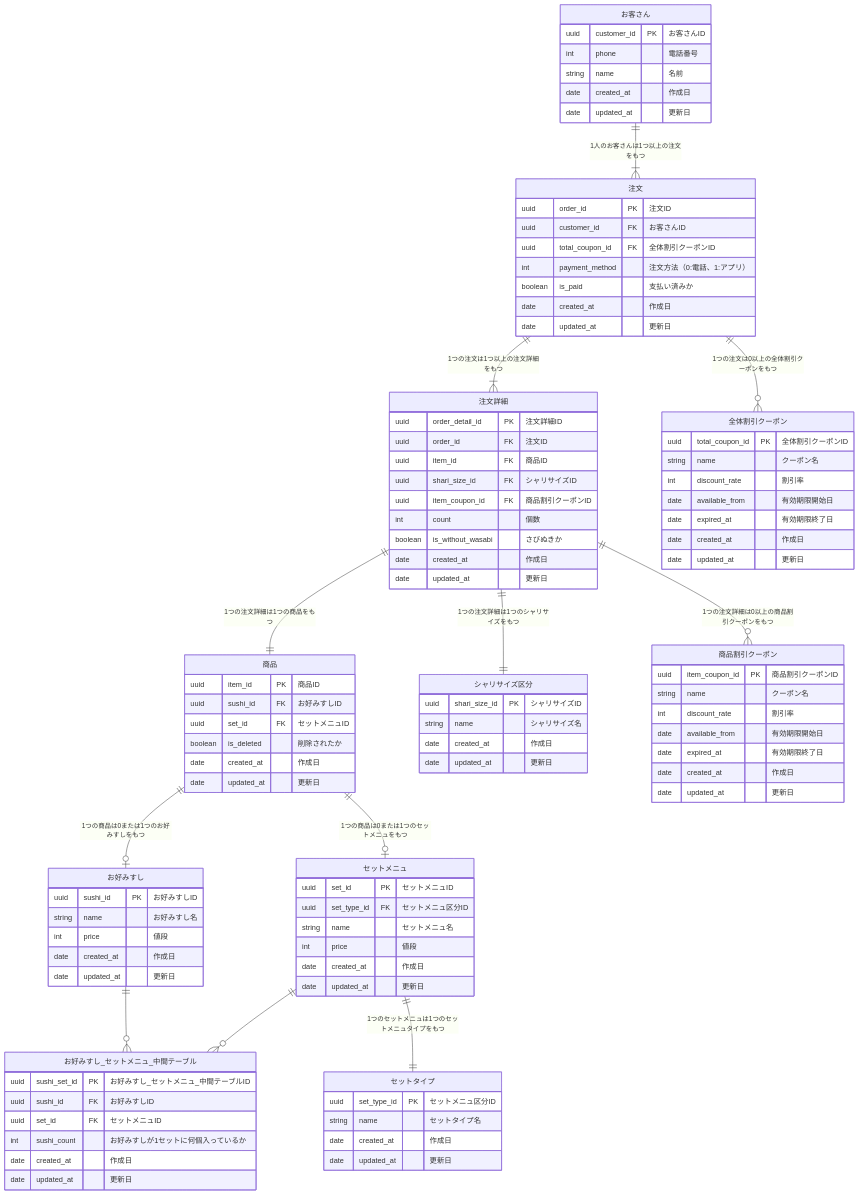
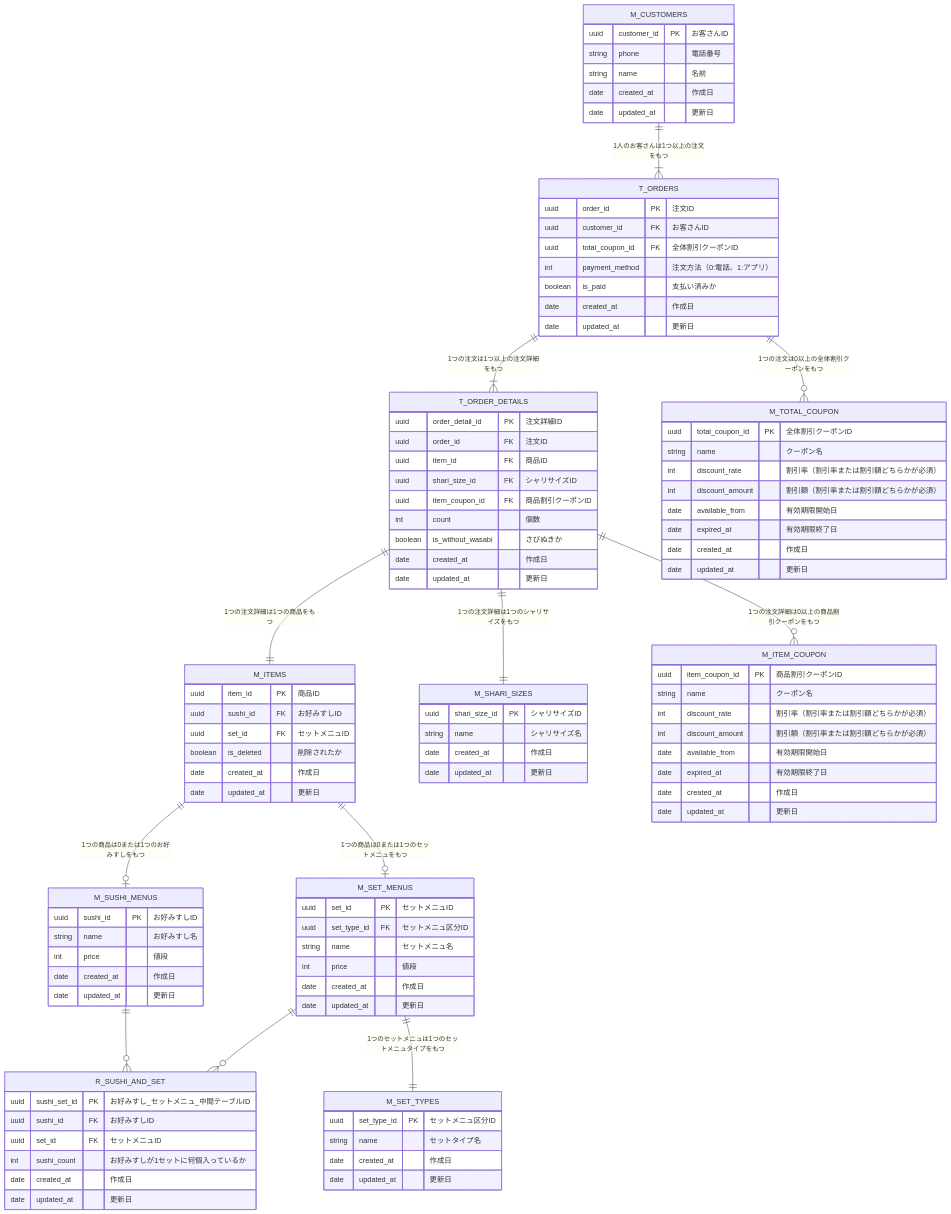
One commit to praha-inc/praha-challenge-7 changed the diagram in F0yWy8HaLlWoST/01_データベース設計/01_DBモデリング1/kadai_03.md. Above: the diagram before and after it, drawn with Mermaid.

Commit message:
fix: 指摘修正

````diff
--- a/F0yWy8HaLlWoST/01_データベース設計/01_DBモデリング1/kadai_03.md
+++ b/F0yWy8HaLlWoST/01_データベース設計/01_DBモデリング1/kadai_03.md
@@ -19,15 +19,15 @@
 ```mermaid
 erDiagram
 
-  "お客さん" {
+  M_CUSTOMERS {
     uuid customer_id PK "お客さんID"
-    int phone "電話番号"
+    string phone "電話番号"
     string name "名前"
     date created_at "作成日"
     date updated_at "更新日"
   }
 
-  "商品" {
+  M_ITEMS {
     uuid item_id PK "商品ID"
     uuid sushi_id FK "お好みすしID"
     uuid set_id FK "セットメニュID"
@@ -36,7 +36,7 @@
     date updated_at "更新日"
   }
 
-  "お好みすし" {
+  M_SUSHI_MENUS {
     uuid sushi_id PK "お好みすしID"
     string name "お好みすし名"
     int price "値段"
@@ -44,7 +44,7 @@
     date updated_at "更新日"
   }
 
-  "セットメニュ" {
+  M_SET_MENUS {
     uuid set_id PK "セットメニュID"
     uuid set_type_id FK "セットメニュ区分ID"
     string name "セットメニュ名"
@@ -53,7 +53,7 @@
     date updated_at "更新日"
   }
 
-  "お好みすし_セットメニュ_中間テーブル" {
+  R_SUSHI_AND_SET {
     uuid sushi_set_id PK "お好みすし_セットメニュ_中間テーブルID"
     uuid sushi_id FK "お好みすしID"
     uuid set_id FK "セットメニュID"
@@ -62,7 +62,7 @@
     date updated_at "更新日"
   }
 
-  "注文" {
+  T_ORDERS {
     uuid order_id PK "注文ID"
     uuid customer_id FK "お客さんID"
     uuid total_coupon_id FK "全体割引クーポンID"
@@ -72,7 +72,7 @@
     date updated_at "更新日"
   }
 
-  "注文詳細" {
+  T_ORDER_DETAILS {
     uuid order_detail_id PK "注文詳細ID"
     uuid order_id FK "注文ID"
     uuid item_id FK "商品ID"
@@ -84,49 +84,51 @@
     date updated_at "更新日"
   }
 
-  "シャリサイズ区分" {
+  M_SHARI_SIZES {
     uuid shari_size_id PK "シャリサイズID"
     string name "シャリサイズ名"
     date created_at "作成日"
     date updated_at "更新日"
   }
 
-  "セットタイプ" {
+  M_SET_TYPES {
     uuid set_type_id PK "セットメニュ区分ID"
     string name "セットタイプ名"
     date created_at "作成日"
     date updated_at "更新日"
   }
 
-  "全体割引クーポン" {
+  M_TOTAL_COUPON {
     uuid total_coupon_id PK "全体割引クーポンID"
     string name "クーポン名"
-    int discount_rate "割引率"
+    int discount_rate "割引率（割引率または割引額どちらかが必須）"
+    int discount_amount "割引額（割引率または割引額どちらかが必須）"
     date available_from "有効期限開始日"
     date expired_at "有効期限終了日"
     date created_at "作成日"
     date updated_at "更新日"
   }
 
-  "商品割引クーポン" {
+  M_ITEM_COUPON {
     uuid item_coupon_id PK "商品割引クーポンID"
     string name "クーポン名"
-    int discount_rate "割引率"
+    int discount_rate "割引率（割引率または割引額どちらかが必須）"
+    int discount_amount "割引額（割引率または割引額どちらかが必須）"
     date available_from "有効期限開始日"
     date expired_at "有効期限終了日"
     date created_at "作成日"
     date updated_at "更新日"
   }
 
-  "お客さん" ||--|{ "注文": "1人のお客さんは1つ以上の注文をもつ"
-  "注文" ||--|{ "注文詳細": "1つの注文は1つ以上の注文詳細をもつ"
-  "注文詳細" ||--|| "商品": "1つの注文詳細は1つの商品をもつ"
-  "商品" ||--o| "お好みすし": "1つの商品は0または1つのお好みすしをもつ"
-  "商品" ||--o| "セットメニュ": "1つの商品は0または1つのセットメニュをもつ"
-  "お好みすし" ||--o{ "お好みすし_セットメニュ_中間テーブル": ""
-  "セットメニュ" ||--o{ "お好みすし_セットメニュ_中間テーブル": ""
-  "注文詳細" ||--|| "シャリサイズ区分": "1つの注文詳細は1つのシャリサイズをもつ"
-  "セットメニュ" ||--|| "セットタイプ": "1つのセットメニュは1つのセットメニュタイプをもつ"
-  "注文" ||--o{ "全体割引クーポン": "1つの注文は0以上の全体割引クーポンをもつ"
-  "注文詳細" ||--o{ "商品割引クーポン": "1つの注文詳細は0以上の商品割引クーポンをもつ"
+  M_CUSTOMERS ||--|{ T_ORDERS: "1人のお客さんは1つ以上の注文をもつ"
+  T_ORDERS ||--|{ T_ORDER_DETAILS: "1つの注文は1つ以上の注文詳細をもつ"
+  T_ORDER_DETAILS ||--|| M_ITEMS: "1つの注文詳細は1つの商品をもつ"
+  M_ITEMS ||--o| M_SUSHI_MENUS: "1つの商品は0または1つのお好みすしをもつ"
+  M_ITEMS ||--o| M_SET_MENUS: "1つの商品は0または1つのセットメニュをもつ"
+  M_SUSHI_MENUS ||--o{ R_SUSHI_AND_SET: ""
+  M_SET_MENUS ||--o{ R_SUSHI_AND_SET: ""
+  T_ORDER_DETAILS ||--|| M_SHARI_SIZES: "1つの注文詳細は1つのシャリサイズをもつ"
+  M_SET_MENUS ||--|| M_SET_TYPES: "1つのセットメニュは1つのセットメニュタイプをもつ"
+  T_ORDERS ||--o{ M_TOTAL_COUPON: "1つの注文は0以上の全体割引クーポンをもつ"
+  T_ORDER_DETAILS ||--o{ M_ITEM_COUPON: "1つの注文詳細は0以上の商品割引クーポンをもつ"
 ```
````
